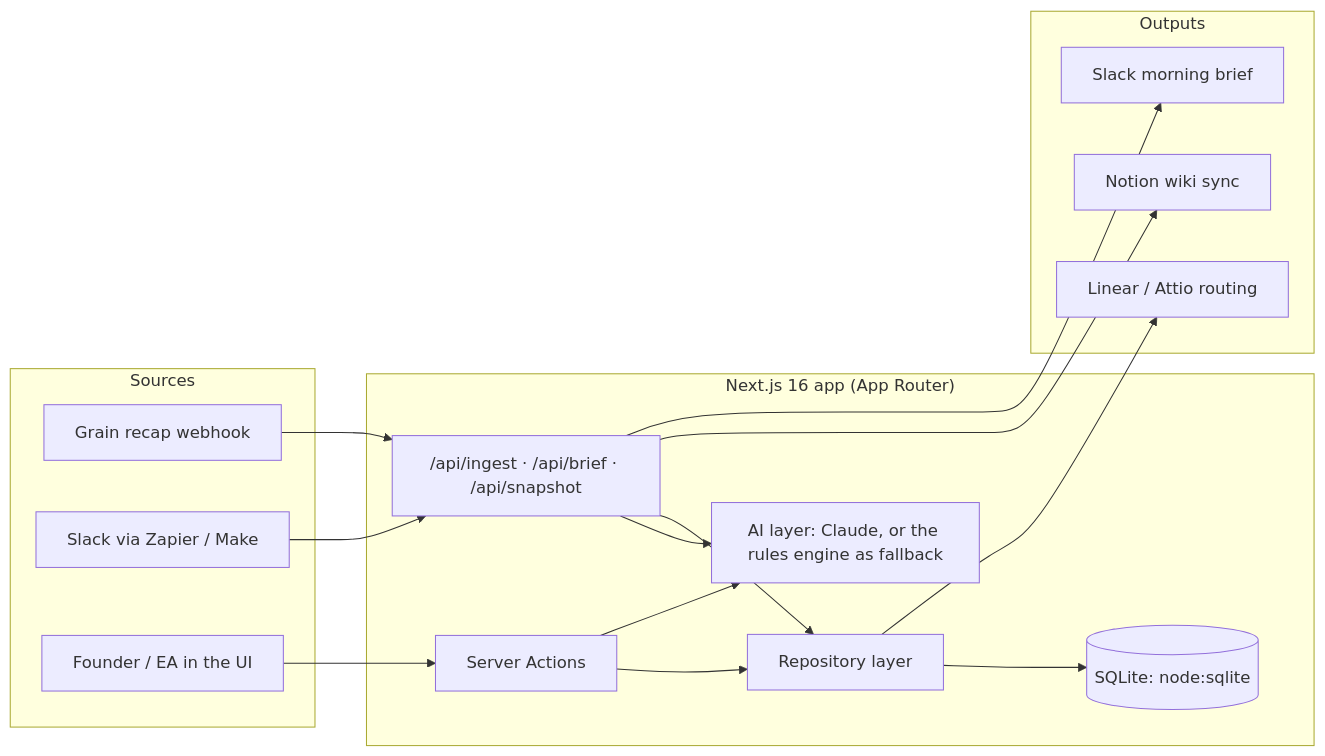
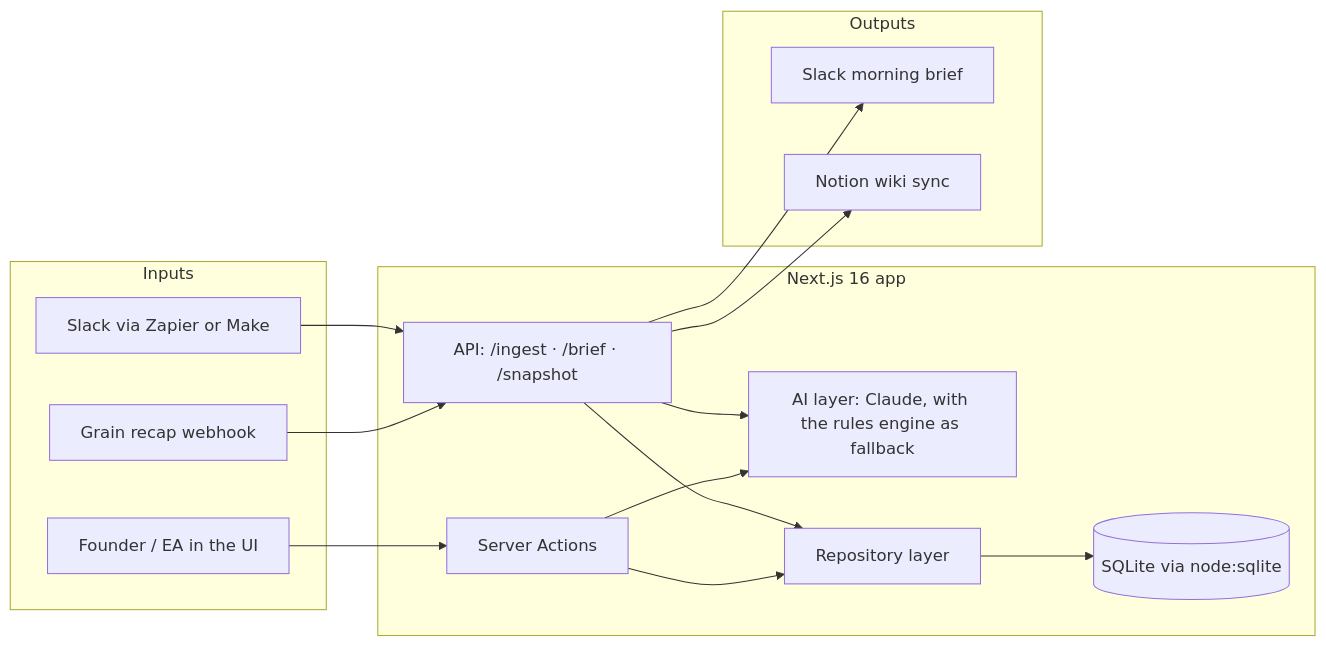
The diagram in README.md (JavierMonestel/founder-command-center), drawn with Mermaid before and after one commit.

Commit message:
Clarify the architecture diagram

````diff
--- a/README.md
+++ b/README.md
@@ -52,29 +52,29 @@
 ```mermaid
 flowchart LR
-    subgraph Sources
-      G[Grain recap webhook]
-      S[Slack via Zapier / Make]
-      U[Founder / EA in the UI]
-    end
-    subgraph App["Next.js 16 app (App Router)"]
-      SA[Server Actions]
-      API["/api/ingest · /api/brief · /api/snapshot"]
-      R[Repository layer]
-      AI["AI layer: Claude, or the rules engine as fallback"]
-      DB[(SQLite: node:sqlite)]
-    end
-    subgraph Outputs
-      N[Notion wiki sync]
-      SL[Slack morning brief]
-      L[Linear / Attio routing]
-    end
-    U --> SA --> R --> DB
-    G --> API
-    S --> API
-    API --> AI
-    SA --> AI
-    API --> R
-    API --> N
-    API --> SL
-    R --> L
+  subgraph In[Inputs]
+    U[Founder / EA in the UI]
+    G[Grain recap webhook]
+    S[Slack via Zapier or Make]
+  end
+  subgraph App[Next.js 16 app]
+    SA[Server Actions]
+    API["API: /ingest · /brief · /snapshot"]
+    AI["AI layer: Claude, with the rules engine as fallback"]
+    R[Repository layer]
+    DB[(SQLite via node:sqlite)]
+  end
+  subgraph Out[Outputs]
+    SL[Slack morning brief]
+    N[Notion wiki sync]
+  end
+  U --> SA
+  G --> API
+  S --> API
+  SA --> AI
+  API --> AI
+  SA --> R
+  API --> R
+  R --> DB
+  API --> SL
+  API --> N
 ```
````
